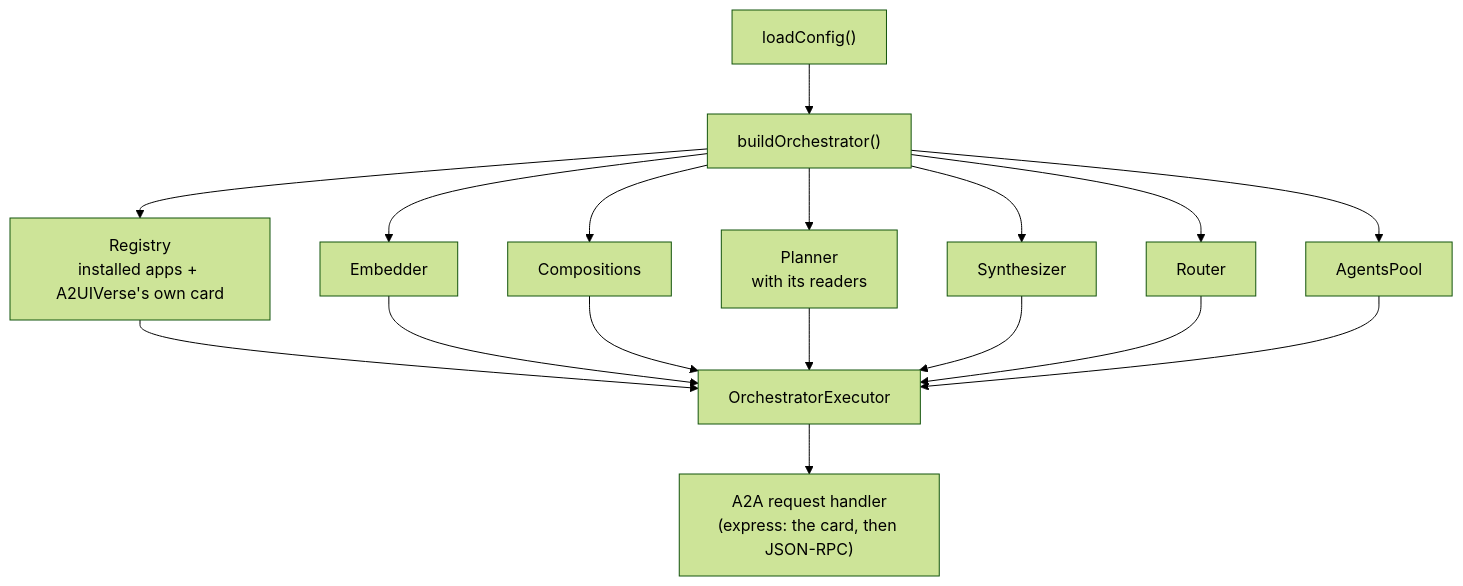
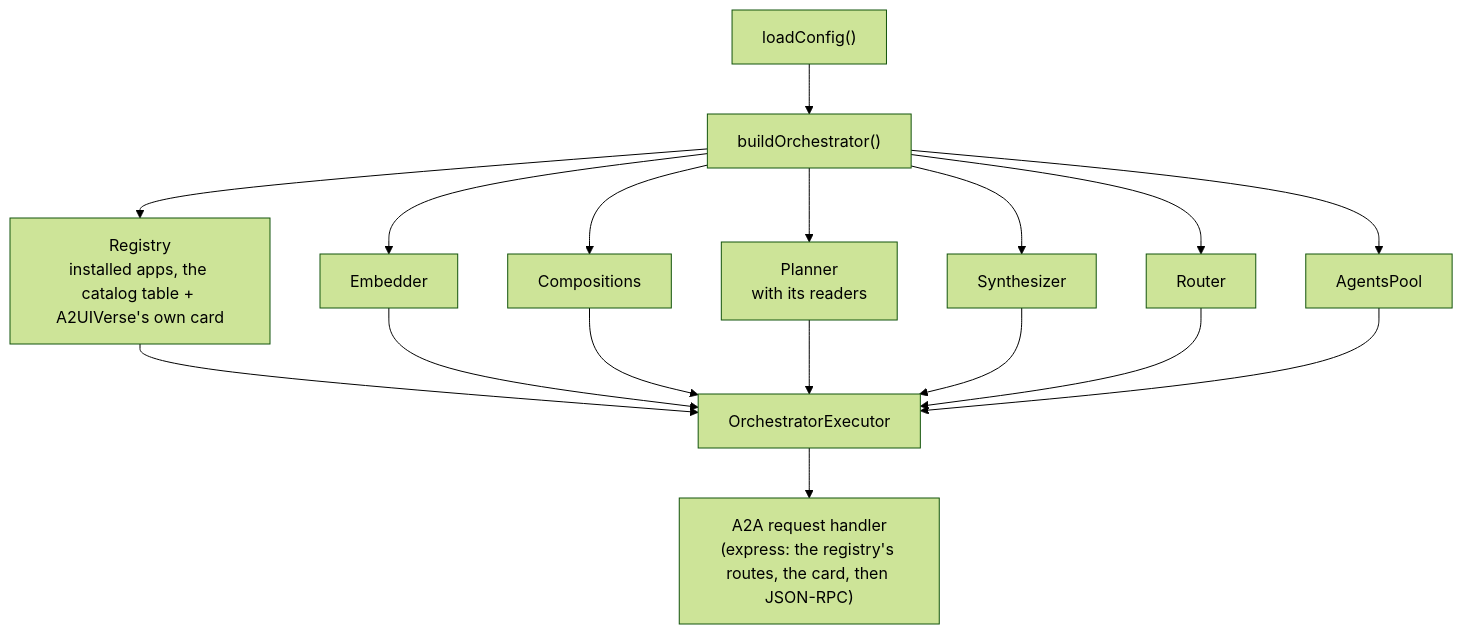
The third of 7 diagrams in docs/design/orchestrator.md (retz8/a2uiverse), drawn with Mermaid (forest theme) before and after one commit. The commit also changed other lines of this file and 3 other files, not shown here.

````diff
--- a/docs/design/orchestrator.md
+++ b/docs/design/orchestrator.md
@@ -206,13 +206,13 @@
 ```mermaid
 flowchart TD
     CFG["loadConfig()"] --> B["buildOrchestrator()"]
-    B --> REG["Registry<br/>installed apps + A2UIVerse's own card"]
+    B --> REG["Registry<br/>installed apps, the catalog table + A2UIVerse's own card"]
     B --> EMB["Embedder"]
     B --> CMP["Compositions"]
     B --> PL["Planner<br/>with its readers"]
     B --> SY["Synthesizer"]
     B --> RT["Router"]
     B --> POOL["AgentsPool"]
     REG & EMB & CMP & PL & SY & RT & POOL --> EX["OrchestratorExecutor"]
-    EX --> H["A2A request handler<br/>(express: the card, then JSON-RPC)"]
+    EX --> H["A2A request handler<br/>(express: the registry's routes, the card, then JSON-RPC)"]
 ```
````
